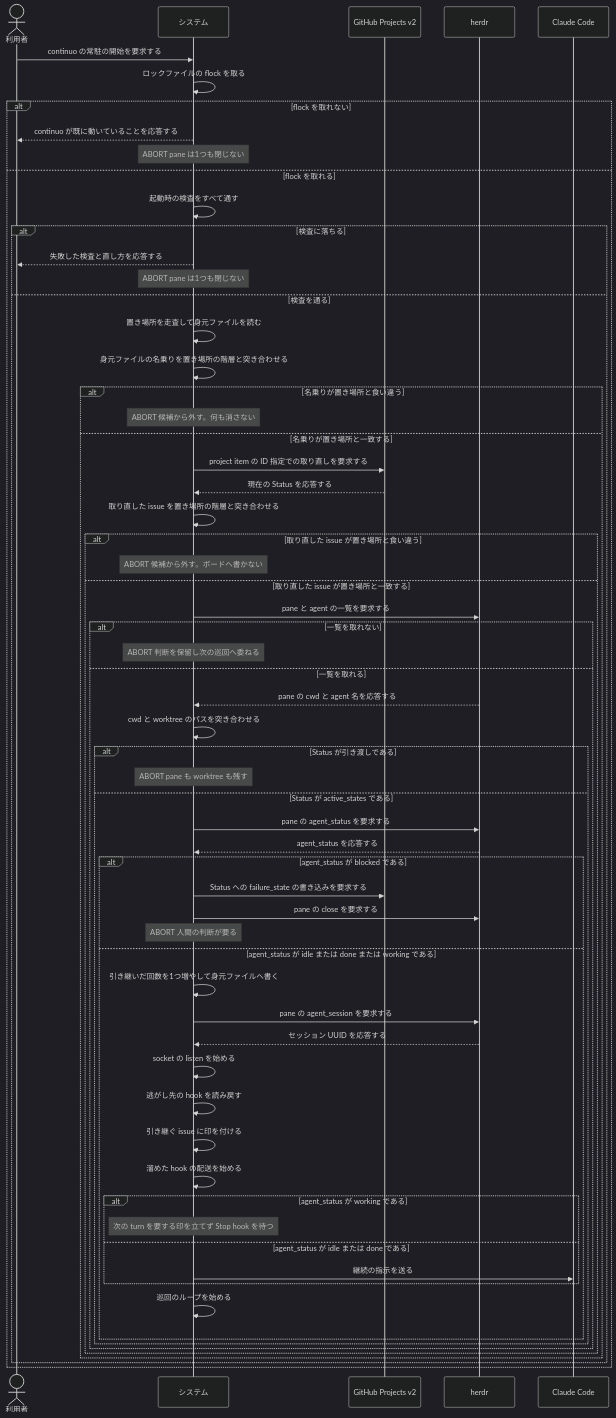
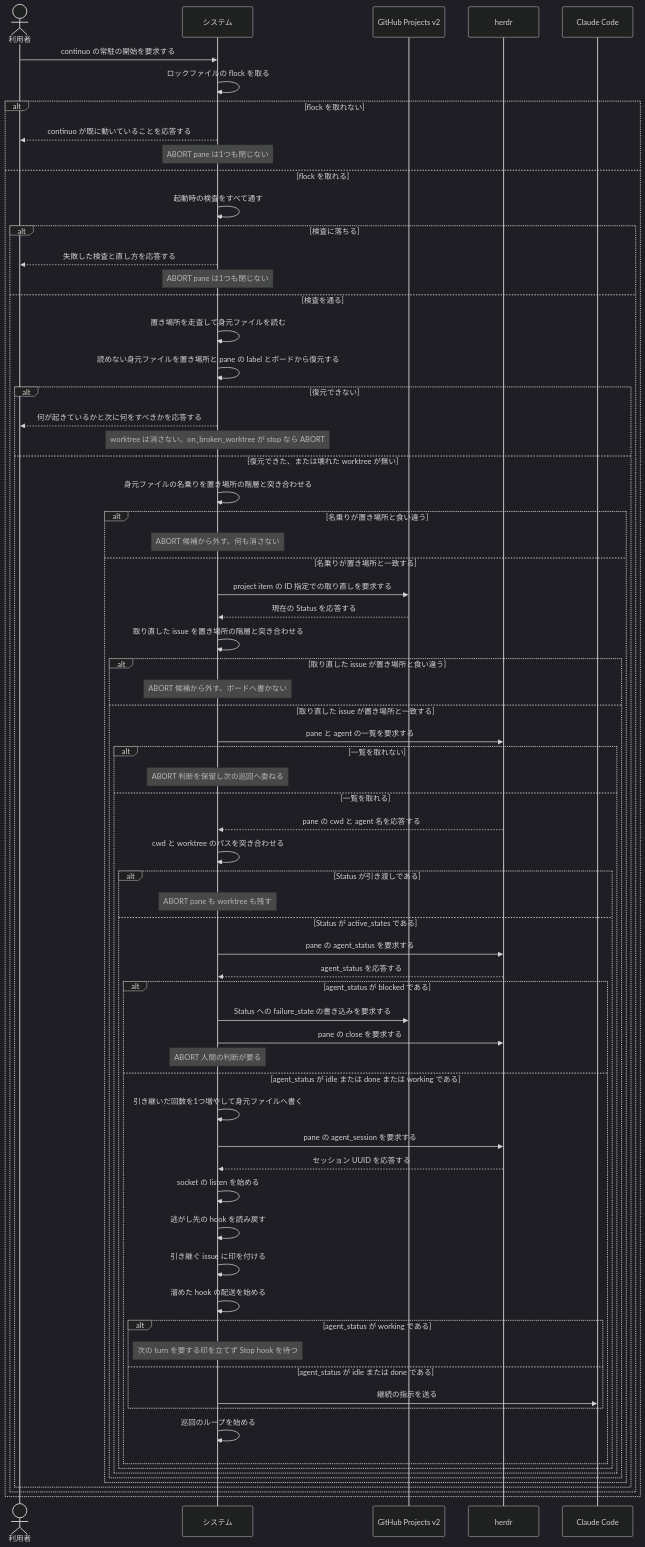
The second of 2 diagrams in docs/spec/usecases/particular_case/再起動して実行中の issue を引き継ぐ.rucm.md (maimuzo/continuo), drawn with Mermaid (dark theme) before and after one commit. The commit also changed other lines of this file and 22 other files, not shown here.

````diff
--- a/docs/spec/usecases/particular_case/再起動して実行中の issue を引き継ぐ.rucm.md
+++ b/docs/spec/usecases/particular_case/再起動して実行中の issue を引き継ぐ.rucm.md
@@ -336,67 +381,73 @@
 ```mermaid
 sequenceDiagram
     actor U as 利用者
     participant S as システム
     participant GH as GitHub Projects v2
     participant H as herdr
     participant CC as Claude Code
 
     U->>S: continuo の常駐の開始を要求する
     S->>S: ロックファイルの flock を取る
     alt flock を取れない
         S-->>U: continuo が既に動いていることを応答する
         Note over S: ABORT pane は1つも閉じない
     else flock を取れる
         S->>S: 起動時の検査をすべて通す
         alt 検査に落ちる
             S-->>U: 失敗した検査と直し方を応答する
             Note over S: ABORT pane は1つも閉じない
         else 検査を通る
             S->>S: 置き場所を走査して身元ファイルを読む
+            S->>S: 読めない身元ファイルを置き場所と pane の label とボードから復元する
+            alt 復元できない
+                S-->>U: 何が起きているかと次に何をすべきかを応答する
+                Note over S: worktree は消さない。on_broken_worktree が stop なら ABORT
+            else 復元できた、または壊れた worktree が無い
             S->>S: 身元ファイルの名乗りを置き場所の階層と突き合わせる
             alt 名乗りが置き場所と食い違う
                 Note over S: ABORT 候補から外す。何も消さない
             else 名乗りが置き場所と一致する
                 S->>GH: project item の ID 指定での取り直しを要求する
                 GH-->>S: 現在の Status を応答する
                 S->>S: 取り直した issue を置き場所の階層と突き合わせる
                 alt 取り直した issue が置き場所と食い違う
                     Note over S: ABORT 候補から外す。ボードへ書かない
                 else 取り直した issue が置き場所と一致する
                     S->>H: pane と agent の一覧を要求する
                     alt 一覧を取れない
                         Note over S: ABORT 判断を保留し次の巡回へ委ねる
                     else 一覧を取れる
                         H-->>S: pane の cwd と agent 名を応答する
                         S->>S: cwd と worktree のパスを突き合わせる
                         alt Status が引き渡しである
                             Note over S: ABORT pane も worktree も残す
                         else Status が active_states である
                             S->>H: pane の agent_status を要求する
                             H-->>S: agent_status を応答する
                             alt agent_status が blocked である
                                 S->>GH: Status への failure_state の書き込みを要求する
                                 S->>H: pane の close を要求する
                                 Note over S: ABORT 人間の判断が要る
                             else agent_status が idle または done または working である
                                 S->>S: 引き継いだ回数を1つ増やして身元ファイルへ書く
                                 S->>H: pane の agent_session を要求する
                                 H-->>S: セッション UUID を応答する
                                 S->>S: socket の listen を始める
                                 S->>S: 逃がし先の hook を読み戻す
                                 S->>S: 引き継ぐ issue に印を付ける
                                 S->>S: 溜めた hook の配送を始める
                                 alt agent_status が working である
                                     Note over S: 次の turn を要する印を立てず Stop hook を待つ
                                 else agent_status が idle または done である
                                     S->>CC: 継続の指示を送る
                                 end
                                 S->>S: 巡回のループを始める
                             end
                         end
                     end
                 end
             end
+            end
         end
     end
 ```
````
